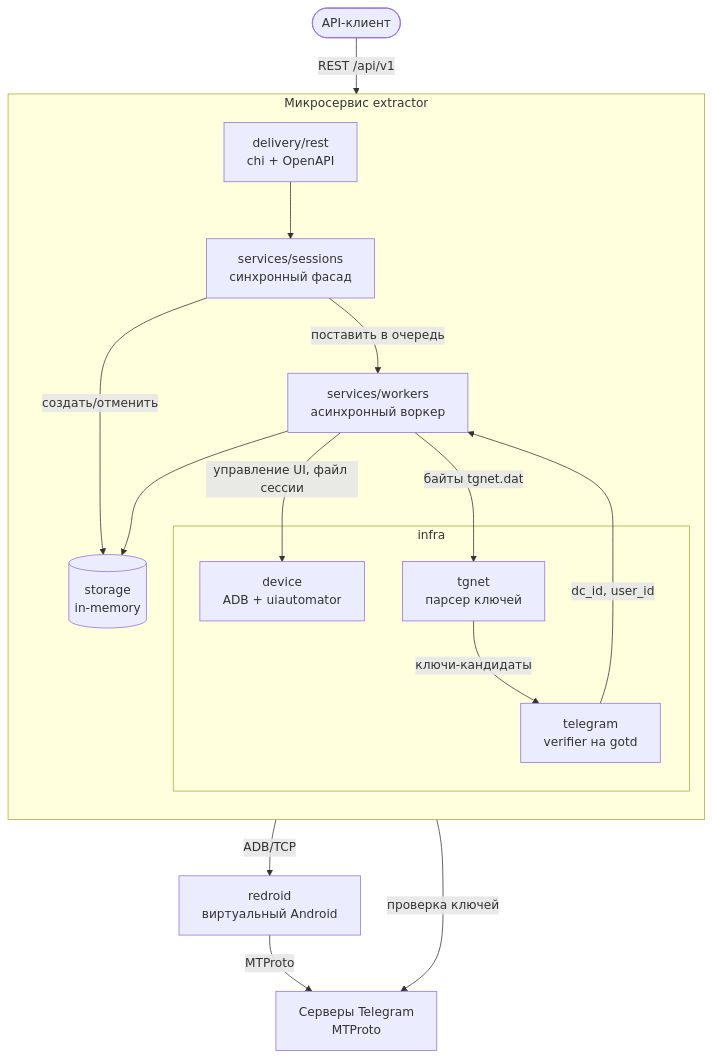
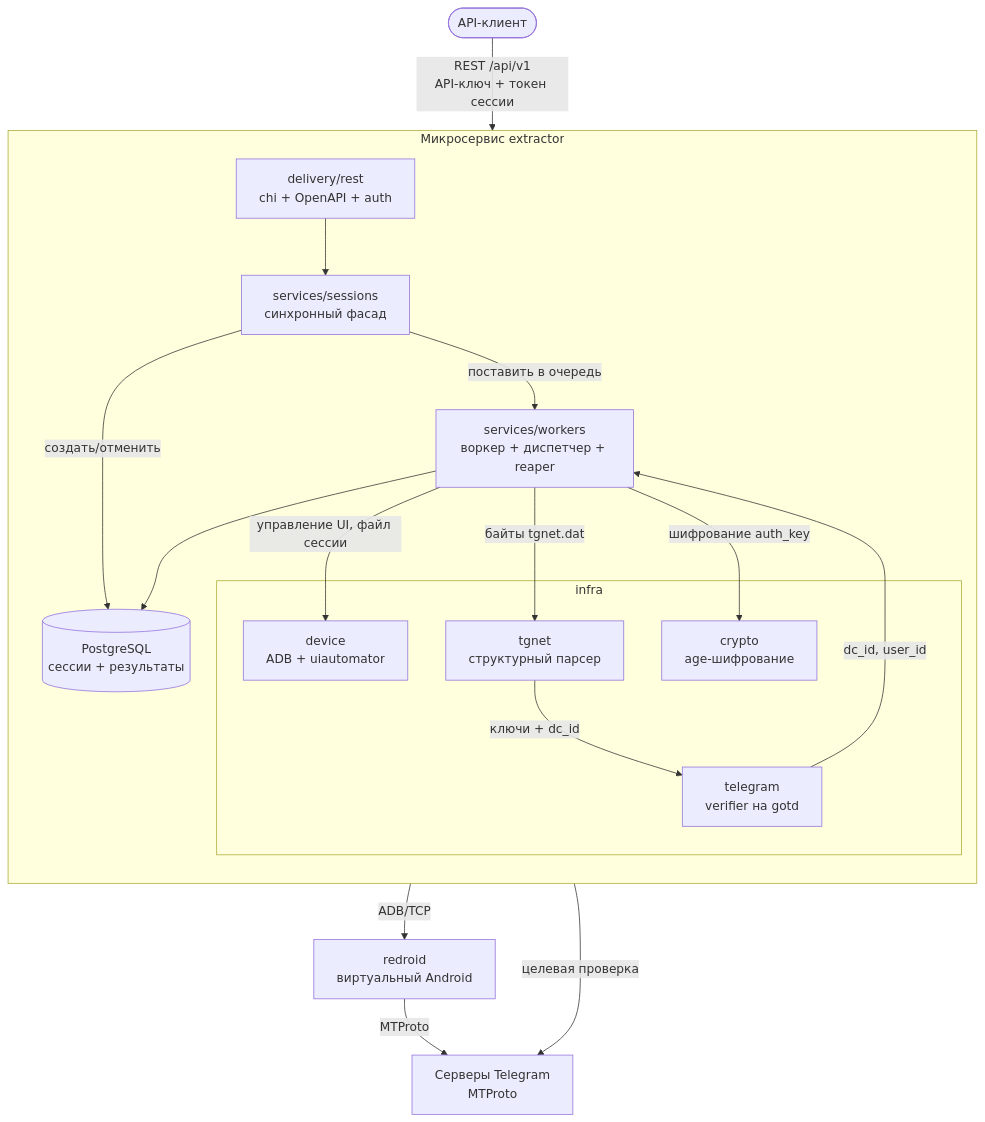
One commit to mkaascs/TelegramAuthExtractor changed the second of 3 diagrams in docs/research.md. Above: the diagram before and after it, drawn with Mermaid. The commit also changed other lines of this file, not shown here.

````diff
--- a/docs/research.md
+++ b/docs/research.md
@@ -227,34 +241,36 @@
 ```mermaid
 flowchart TB
     client([API-клиент])
 
     subgraph svc[Микросервис extractor]
         direction TB
-        rest[delivery/rest<br/>chi + OpenAPI]
+        rest[delivery/rest<br/>chi + OpenAPI + auth]
         sessions[services/sessions<br/>синхронный фасад]
-        worker[services/workers<br/>асинхронный воркер]
-        store[(storage<br/>in-memory)]
+        worker[services/workers<br/>воркер + диспетчер + reaper]
+        store[(PostgreSQL<br/>сессии + результаты)]
 
         subgraph infra[infra]
             device[device<br/>ADB + uiautomator]
-            parser[tgnet<br/>парсер ключей]
+            parser[tgnet<br/>структурный парсер]
             verifier[telegram<br/>verifier на gotd]
+            crypto[crypto<br/>age-шифрование]
         end
     end
 
     redroid[redroid<br/>виртуальный Android]
     tg[Серверы Telegram<br/>MTProto]
 
-    client -->|REST /api/v1| rest
+    client -->|REST /api/v1<br/>API-ключ + токен сессии| rest
     rest --> sessions
     sessions -->|создать/отменить| store
     sessions -->|поставить в очередь| worker
     worker --> store
     worker -->|управление UI, файл сессии| device
     device -->|ADB/TCP| redroid
     redroid -->|MTProto| tg
     worker -->|байты tgnet.dat| parser
-    parser -->|ключи-кандидаты| verifier
-    verifier -->|проверка ключей| tg
+    parser -->|ключи + dc_id| verifier
+    verifier -->|целевая проверка| tg
     verifier -->|dc_id, user_id| worker
+    worker -->|шифрование auth_key| crypto
 ```
````
